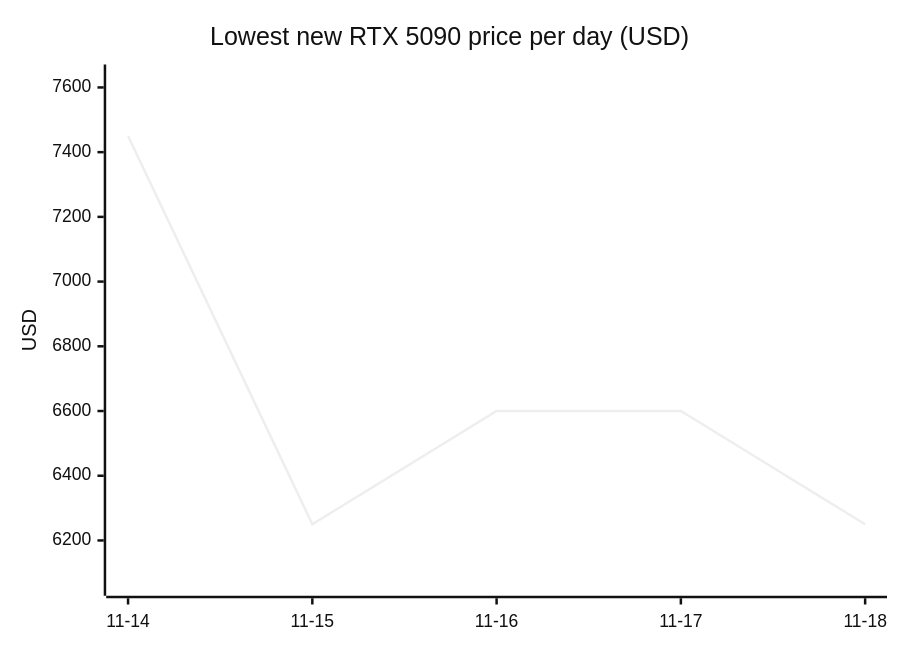
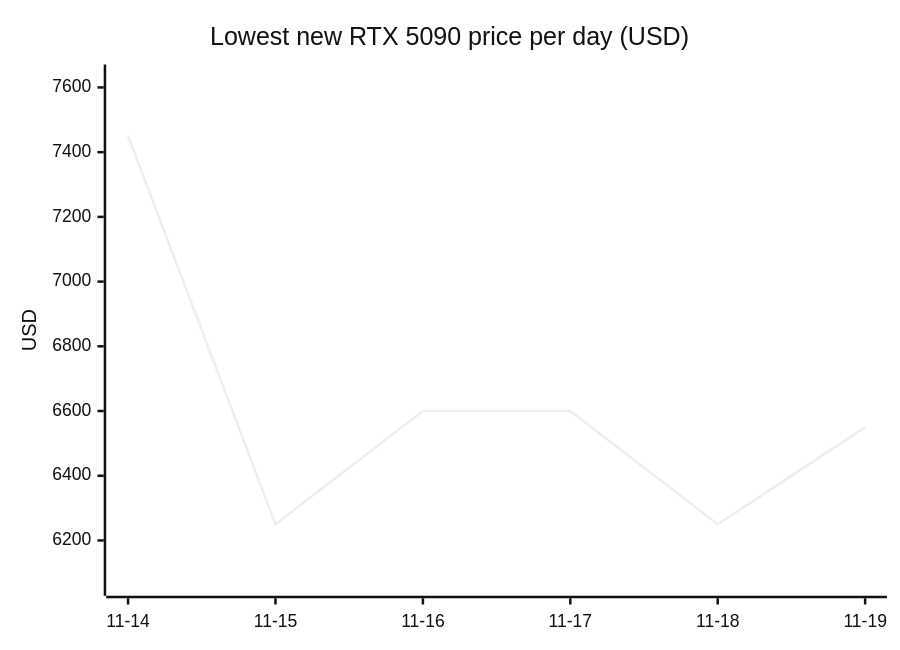
One commit to 7324136828/4tb_ssd_price_watch changed the sixth of 18 diagrams in README.md. Above: the diagram before and after it, drawn with Mermaid (neutral theme). The commit also changed other lines of this file, not shown here.

````diff
--- a/README.md
+++ b/README.md
@@ -661,7 +718,7 @@
 ```mermaid
 xychart-beta
     title "Lowest new RTX 5090 price per day (USD)"
-    x-axis ["11-14", "11-15", "11-16", "11-17", "11-18"]
+    x-axis ["11-14", "11-15", "11-16", "11-17", "11-18", "11-19"]
     y-axis "USD" 6060 --> 7640
-    line [7450.00, 6249.99, 6599.99, 6599.99, 6249.99]
+    line [7450.00, 6249.99, 6599.99, 6599.99, 6249.99, 6549.99]
 ```
````
